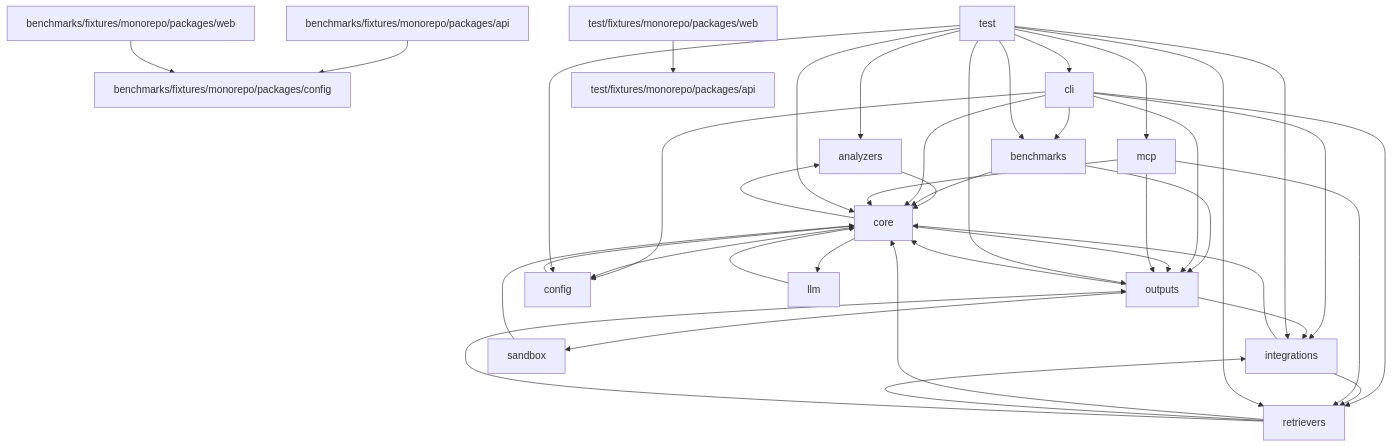
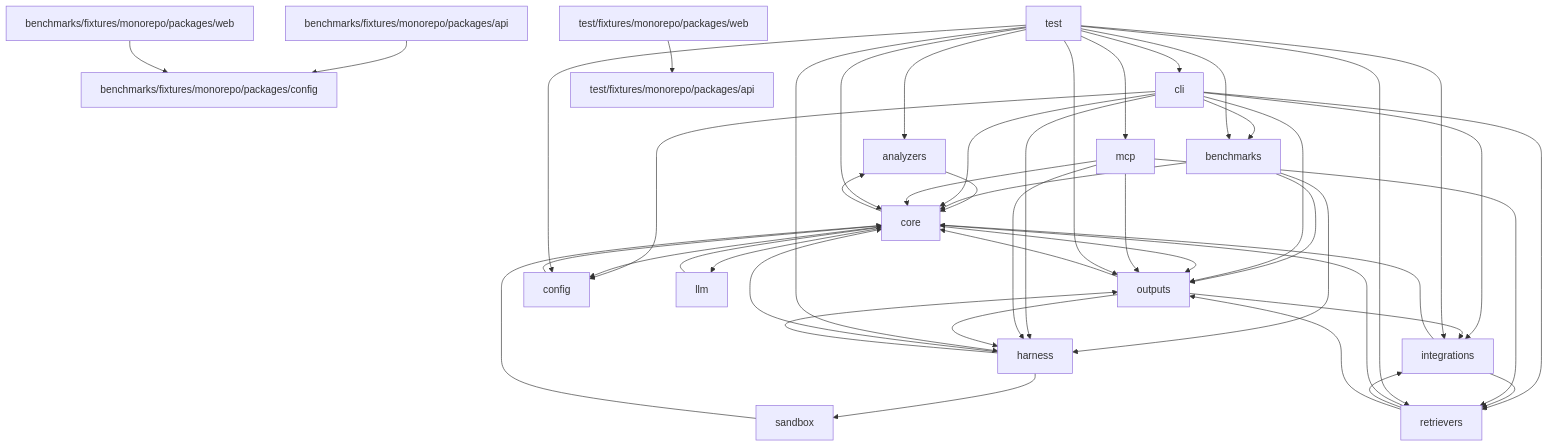
The diagram in .agent-context/dependency-graph.md (whut09/Code-Agent-plusplus), drawn with Mermaid before and after one commit. The commit also changed other lines of this file and 53 other files, not shown here.

````diff
--- a/.agent-context/dependency-graph.md
+++ b/.agent-context/dependency-graph.md
@@ -4,42 +4,49 @@
 ```mermaid
 graph TD
   analyzers["analyzers"] --> core["core"]
   benchmarks["benchmarks"] --> core["core"]
+  benchmarks["benchmarks"] --> harness["harness"]
   benchmarks["benchmarks"] --> outputs["outputs"]
   benchmarks_fixtures_monorepo_packages_api["benchmarks/fixtures/monorepo/packages/api"] --> benchmarks_fixtures_monorepo_packages_config["benchmarks/fixtures/monorepo/packages/config"]
   benchmarks_fixtures_monorepo_packages_web["benchmarks/fixtures/monorepo/packages/web"] --> benchmarks_fixtures_monorepo_packages_config["benchmarks/fixtures/monorepo/packages/config"]
   cli["cli"] --> benchmarks["benchmarks"]
   cli["cli"] --> config["config"]
   cli["cli"] --> core["core"]
+  cli["cli"] --> harness["harness"]
   cli["cli"] --> integrations["integrations"]
   cli["cli"] --> outputs["outputs"]
   cli["cli"] --> retrievers["retrievers"]
   config["config"] --> core["core"]
   core["core"] --> analyzers["analyzers"]
   core["core"] --> config["config"]
   core["core"] --> llm["llm"]
   core["core"] --> outputs["outputs"]
+  harness["harness"] --> core["core"]
+  harness["harness"] --> outputs["outputs"]
+  harness["harness"] --> sandbox["sandbox"]
   integrations["integrations"] --> core["core"]
   integrations["integrations"] --> retrievers["retrievers"]
   llm["llm"] --> core["core"]
   mcp["mcp"] --> core["core"]
+  mcp["mcp"] --> harness["harness"]
   mcp["mcp"] --> outputs["outputs"]
   mcp["mcp"] --> retrievers["retrievers"]
   outputs["outputs"] --> core["core"]
+  outputs["outputs"] --> harness["harness"]
   outputs["outputs"] --> integrations["integrations"]
-  outputs["outputs"] --> sandbox["sandbox"]
   retrievers["retrievers"] --> core["core"]
   retrievers["retrievers"] --> integrations["integrations"]
   retrievers["retrievers"] --> outputs["outputs"]
   sandbox["sandbox"] --> core["core"]
   test["test"] --> analyzers["analyzers"]
   test["test"] --> benchmarks["benchmarks"]
   test["test"] --> cli["cli"]
   test["test"] --> config["config"]
   test["test"] --> core["core"]
+  test["test"] --> harness["harness"]
   test["test"] --> integrations["integrations"]
   test["test"] --> mcp["mcp"]
   test["test"] --> outputs["outputs"]
   test["test"] --> retrievers["retrievers"]
   test_fixtures_monorepo_packages_web["test/fixtures/monorepo/packages/web"] --> test_fixtures_monorepo_packages_api["test/fixtures/monorepo/packages/api"]
 ```
````
